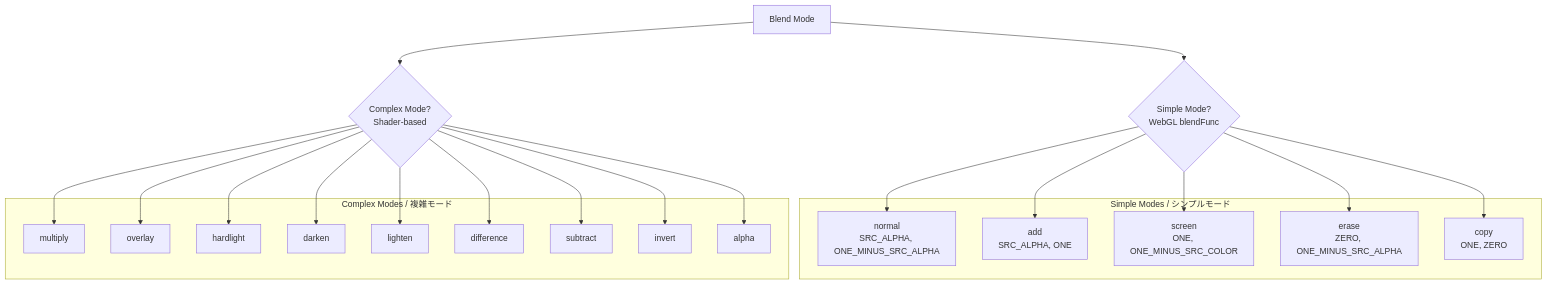
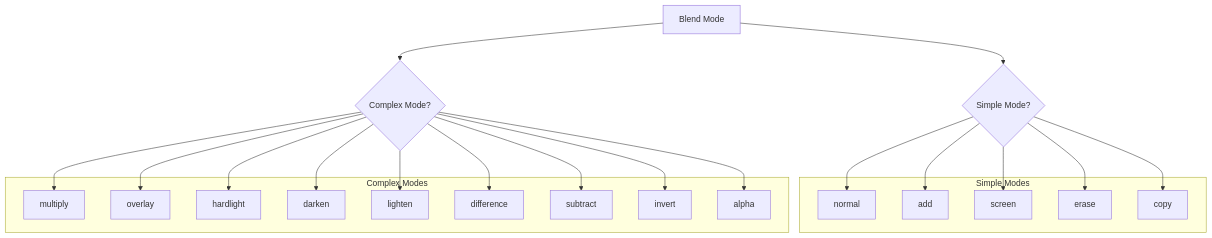
Diagram 16 of 37 in packages/webgl/RENDERING_FLOW.md (Next2D/player), drawn with Mermaid before and after one commit. The commit also changed other lines of this file, not shown here.

````diff
--- a/packages/webgl/RENDERING_FLOW.md
+++ b/packages/webgl/RENDERING_FLOW.md
@@ -842,46 +847,46 @@
 ```mermaid
 flowchart TB
     BLEND[Blend Mode]
 
-    SIMPLE{Simple Mode?<br/>WebGL blendFunc}
-    COMPLEX{Complex Mode?<br/>Shader-based}
+    SIMPLE{Simple Mode?}
+    COMPLEX{Complex Mode?}
 
-    subgraph "Simple Modes / シンプルモード"
-        NORMAL["normal<br/>SRC_ALPHA, ONE_MINUS_SRC_ALPHA"]
-        ADD["add<br/>SRC_ALPHA, ONE"]
-        SCREEN["screen<br/>ONE, ONE_MINUS_SRC_COLOR"]
-        ERASE["erase<br/>ZERO, ONE_MINUS_SRC_ALPHA"]
-        COPY["copy<br/>ONE, ZERO"]
+    subgraph "Simple Modes"
+        NORMAL[normal]
+        ADD[add]
+        SCREEN[screen]
+        ERASE[erase]
+        COPY[copy]
     end
 
-    subgraph "Complex Modes / 複雑モード"
-        MULTIPLY["multiply"]
-        OVERLAY["overlay"]
-        HARDLIGHT["hardlight"]
-        DARKEN["darken"]
-        LIGHTEN["lighten"]
-        DIFFERENCE["difference"]
-        SUBTRACT["subtract"]
-        INVERT["invert"]
-        ALPHA["alpha"]
+    subgraph "Complex Modes"
+        MULTIPLY[multiply]
+        OVERLAY[overlay]
+        HARDLIGHT[hardlight]
+        DARKEN[darken]
+        LIGHTEN[lighten]
+        DIFFERENCE[difference]
+        SUBTRACT[subtract]
+        INVERT[invert]
+        ALPHA[alpha]
     end
 
     BLEND --> SIMPLE
     BLEND --> COMPLEX
 
     SIMPLE --> NORMAL
     SIMPLE --> ADD
     SIMPLE --> SCREEN
     SIMPLE --> ERASE
     SIMPLE --> COPY
 
     COMPLEX --> MULTIPLY
     COMPLEX --> OVERLAY
     COMPLEX --> HARDLIGHT
     COMPLEX --> DARKEN
     COMPLEX --> LIGHTEN
     COMPLEX --> DIFFERENCE
     COMPLEX --> SUBTRACT
     COMPLEX --> INVERT
     COMPLEX --> ALPHA
 ```
````
